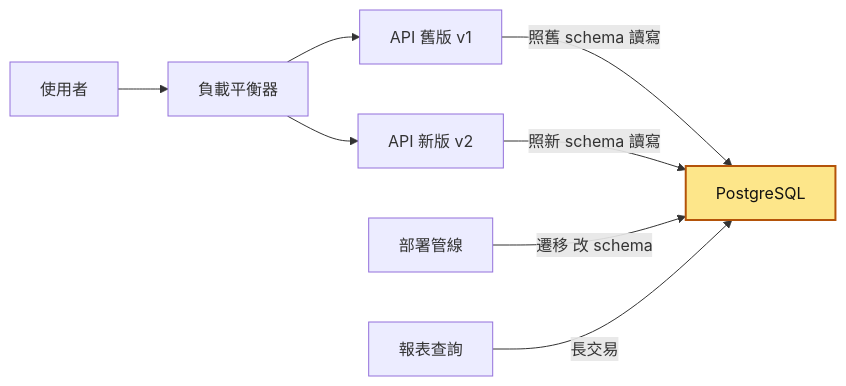
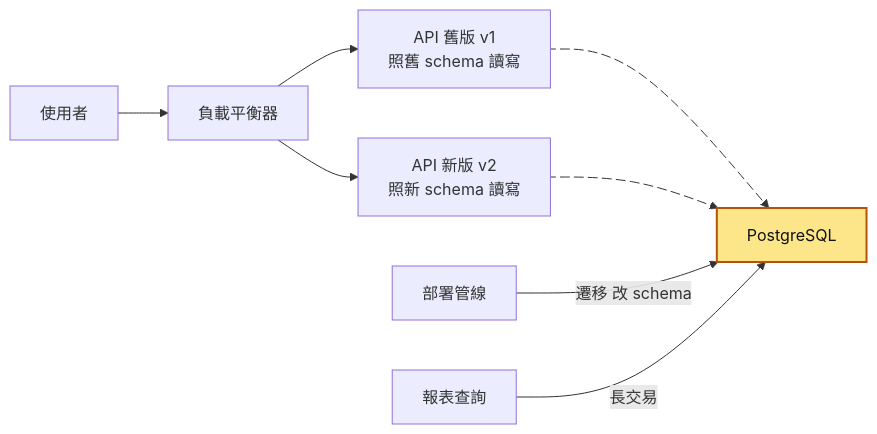
One commit to TLOGBen/BackendBook changed the first of 10 diagrams in docs/16-零停機遷移.md. Above: the diagram before and after it, drawn with Mermaid. The commit also changed other lines of this file and 125 other files, not shown here.

First line of the commit message:
新人教材：擴充到 59 篇，每篇加上互動主圖、核心理念與閱讀前知識

````diff
--- a/docs/16-零停機遷移.md
+++ b/docs/16-零停機遷移.md
@@ -94,12 +111,14 @@
 ```mermaid
 flowchart LR
     U["使用者"] --> LB["負載平衡器"]
-    LB --> V1["API 舊版 v1"]
-    LB --> V2["API 新版 v2"]
-    V1 -->|"照舊 schema 讀寫"| DB["PostgreSQL"]
-    V2 -->|"照新 schema 讀寫"| DB
+    LB --> V1["API 舊版 v1<br/>照舊 schema 讀寫"]
+    LB --> V2["API 新版 v2<br/>照新 schema 讀寫"]
+    V1 e1@--> DB["PostgreSQL"]
+    V2 e2@--> DB
     Deploy["部署管線"] -->|"遷移 改 schema"| DB
     R["報表查詢"] -->|"長交易"| DB
+    e1@{ animate: true }
+    e2@{ animate: true }
     classDef hot fill:#fde68a,stroke:#b45309,stroke-width:2px,color:#111
     class DB hot
 ```
````
